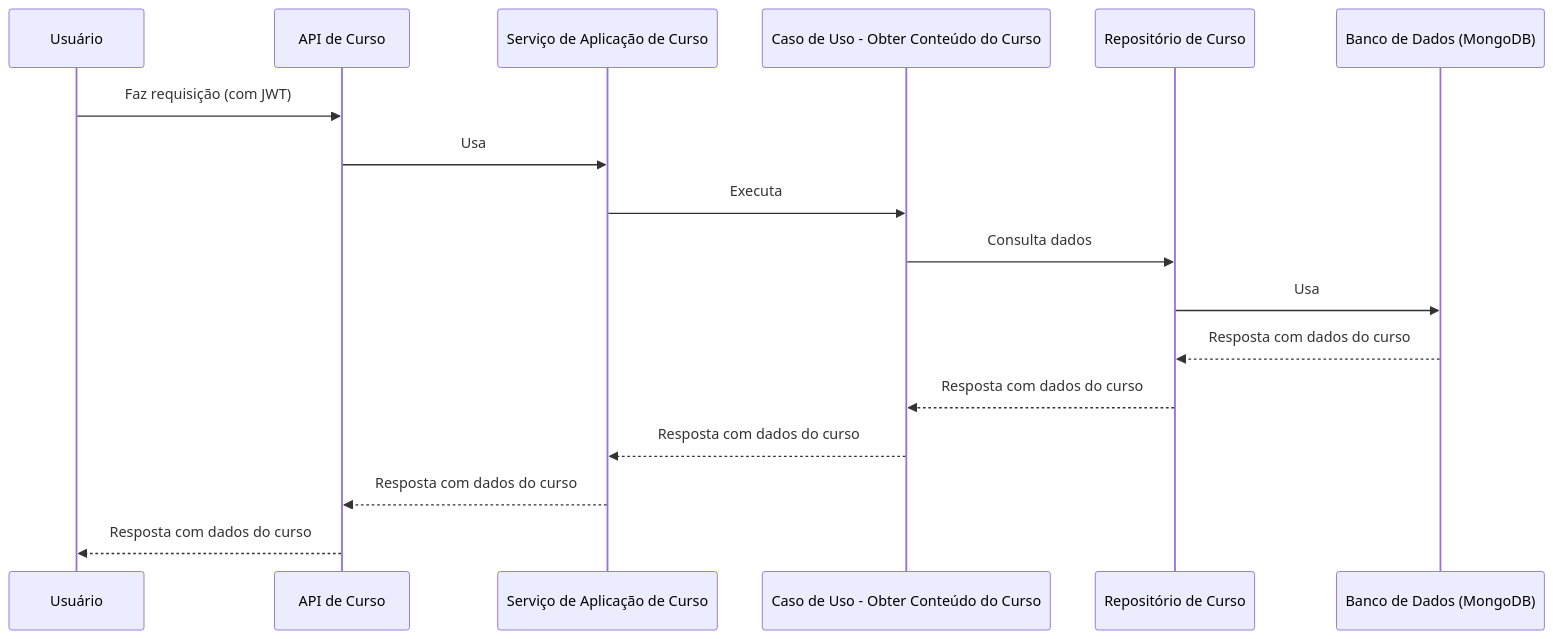
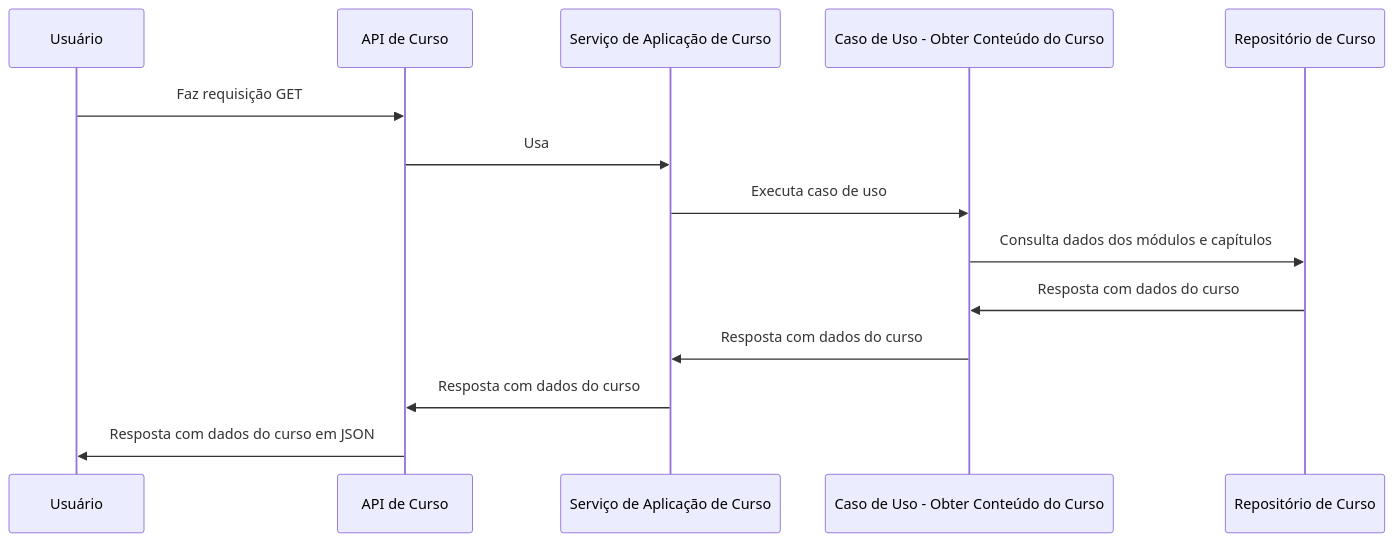
Before and after one commit to Open-3A/3A-c4-model: the second of 8 diagrams in C3 Components/Back-end/Módulo de curso/README.md, drawn with Mermaid. The commit also changed other lines of this file, not shown here.

Commit message:
refactor(C3): change execution flow of course module

````diff
--- a/C3 Components/Back-end/Módulo de curso/README.md
+++ b/C3 Components/Back-end/Módulo de curso/README.md
@@ -38,20 +35,17 @@
 ```mermaid
 sequenceDiagram
     participant user as Usuário
     participant course_api as API de Curso
     participant course_service as Serviço de Aplicação de Curso
     participant get_course_content_use_case as Caso de Uso - Obter Conteúdo do Curso
     participant course_repository as Repositório de Curso
-    participant db as Banco de Dados (MongoDB)
 
-    user->>course_api: Faz requisição (com JWT)
+    user->>course_api: Faz requisição GET
     course_api->>course_service: Usa
-    course_service->>get_course_content_use_case: Executa
-    get_course_content_use_case->>course_repository: Consulta dados
-    course_repository->>db: Usa
-    db-->>course_repository: Resposta com dados do curso
-    course_repository-->>get_course_content_use_case: Resposta com dados do curso
-    get_course_content_use_case-->>course_service: Resposta com dados do curso
-    course_service-->>course_api: Resposta com dados do curso
-    course_api-->>user: Resposta com dados do curso
+    course_service->>get_course_content_use_case: Executa caso de uso
+    get_course_content_use_case->>course_repository: Consulta dados dos módulos e capítulos
+    course_repository->>get_course_content_use_case: Resposta com dados do curso
+    get_course_content_use_case->>course_service: Resposta com dados do curso
+    course_service->>course_api: Resposta com dados do curso
+    course_api->>user: Resposta com dados do curso em JSON
 ```
````
